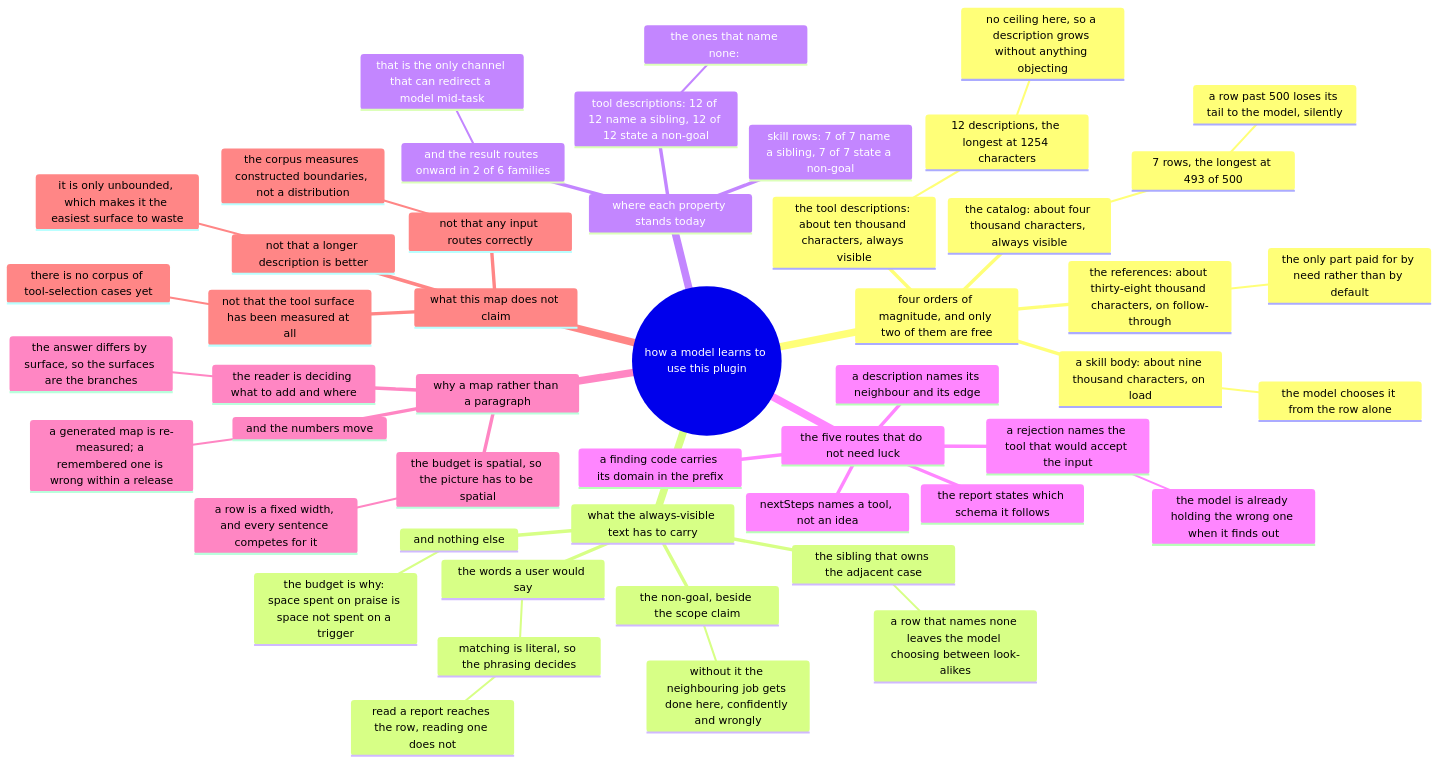
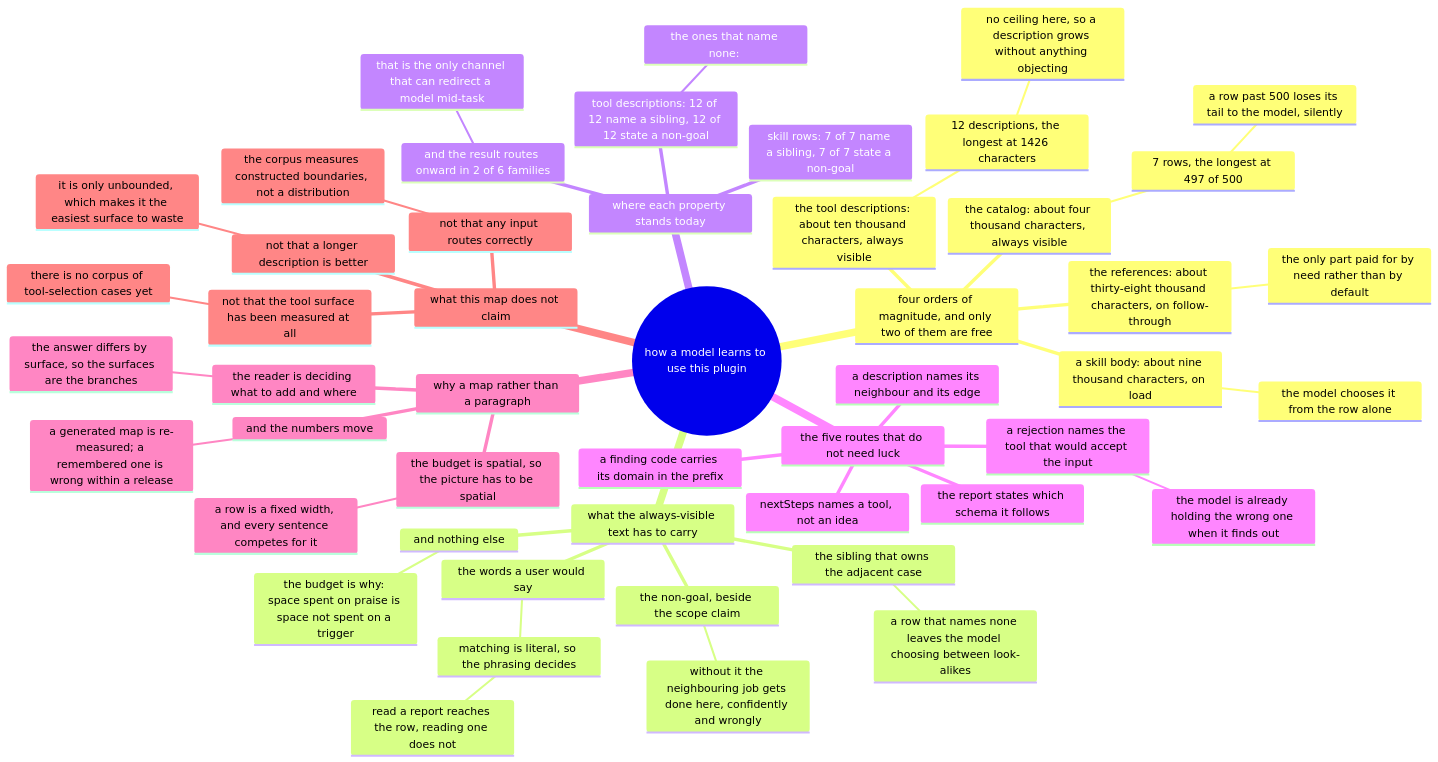
Before and after one commit to AmethystLuna/dsh-model-everything: the diagram in docs/toolset/mindmap.mmd, drawn with Mermaid. The commit also changed 17 other files, not shown here.

```diff
--- a/docs/toolset/mindmap.mmd
+++ b/docs/toolset/mindmap.mmd
@@ -1,50 +1,50 @@
 mindmap
 root((how a model learns to use this plugin))
   four orders of magnitude, and only two of them are free
     the catalog: about four thousand characters, always visible
-      7 rows, the longest at 493 of 500
+      7 rows, the longest at 497 of 500
         a row past 500 loses its tail to the model, silently
     the tool descriptions: about ten thousand characters, always visible
-      12 descriptions, the longest at 1254 characters
+      12 descriptions, the longest at 1426 characters
         no ceiling here, so a description grows without anything objecting
     a skill body: about nine thousand characters, on load
       the model chooses it from the row alone
     the references: about thirty-eight thousand characters, on follow-through
       the only part paid for by need rather than by default
   what the always-visible text has to carry
     the words a user would say
       matching is literal, so the phrasing decides
         read a report reaches the row, reading one does not
     the sibling that owns the adjacent case
       a row that names none leaves the model choosing between look-alikes
     the non-goal, beside the scope claim
       without it the neighbouring job gets done here, confidently and wrongly
     and nothing else
       the budget is why: space spent on praise is space not spent on a trigger
   where each property stands today
     skill rows: 7 of 7 name a sibling, 7 of 7 state a non-goal
     tool descriptions: 12 of 12 name a sibling, 12 of 12 state a non-goal
       the ones that name none: 
     and the result routes onward in 2 of 6 families
       that is the only channel that can redirect a model mid-task
   the five routes that do not need luck
     a rejection names the tool that would accept the input
       the model is already holding the wrong one when it finds out
     nextSteps names a tool, not an idea
     a finding code carries its domain in the prefix
     the report states which schema it follows
     a description names its neighbour and its edge
   why a map rather than a paragraph
     the budget is spatial, so the picture has to be spatial
       a row is a fixed width, and every sentence competes for it
     the reader is deciding what to add and where
       the answer differs by surface, so the surfaces are the branches
     and the numbers move
       a generated map is re-measured; a remembered one is wrong within a release
   what this map does not claim
     not that any input routes correctly
       the corpus measures constructed boundaries, not a distribution
     not that the tool surface has been measured at all
       there is no corpus of tool-selection cases yet
     not that a longer description is better
       it is only unbounded, which makes it the easiest surface to waste
```
